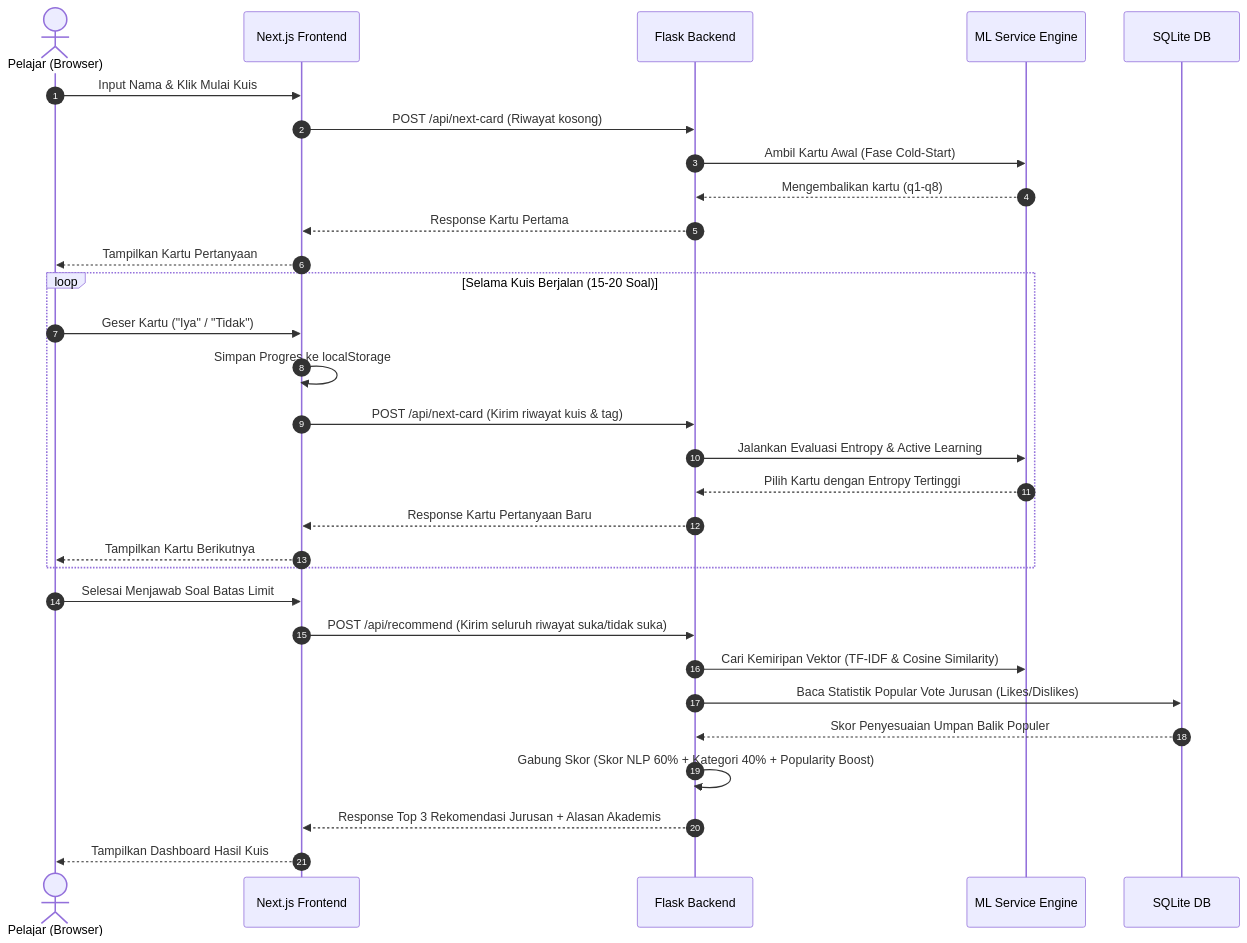
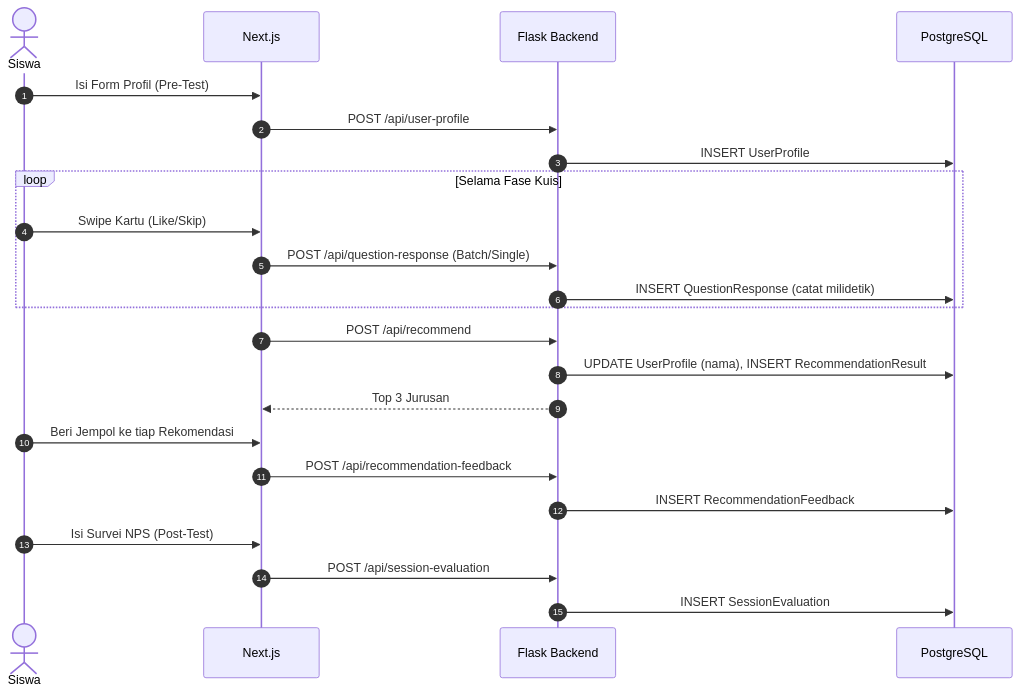
One commit to aryayaya11/major-match changed the first of 2 diagrams in README.md. Above: the diagram before and after it, drawn with Mermaid. The commit also changed other lines of this file, not shown here.

Commit message:
Docs: Rombak total README.md untuk menyesuaikan dengan arsitektur PostgreSQL dan Beta Testing terkini

````diff
--- a/README.md
+++ b/README.md
@@ -72,35 +76,30 @@
 ```mermaid
 sequenceDiagram
     autonumber
-    actor User as Pelajar (Browser)
-    participant FE as Next.js Frontend
-    participant BE as Flask Backend
-    participant ML as ML Service Engine
-    participant DB as SQLite DB
-
-    User->>FE: Input Nama & Klik Mulai Kuis
-    FE->>BE: POST /api/next-card (Riwayat kosong)
-    BE->>ML: Ambil Kartu Awal (Fase Cold-Start)
-    ML-->>BE: Mengembalikan kartu (q1-q8)
-    BE-->>FE: Response Kartu Pertama
-    FE-->>User: Tampilkan Kartu Pertanyaan
-
-    loop Selama Kuis Berjalan (15-20 Soal)
-        User->>FE: Geser Kartu ("Iya" / "Tidak")
-        FE->>FE: Simpan Progres ke localStorage
-        FE->>BE: POST /api/next-card (Kirim riwayat kuis & tag)
-        BE->>ML: Jalankan Evaluasi Entropy & Active Learning
-        ML-->>BE: Pilih Kartu dengan Entropy Tertinggi
-        BE-->>FE: Response Kartu Pertanyaan Baru
-        FE-->>User: Tampilkan Kartu Berikutnya
+    actor Tester as Siswa
+    participant UI as Next.js
+    participant API as Flask Backend
+    participant DB as PostgreSQL
+    
+    Tester->>UI: Isi Form Profil (Pre-Test)
+    UI->>API: POST /api/user-profile
+    API->>DB: INSERT UserProfile
+    
+    loop Selama Fase Kuis
+        Tester->>UI: Swipe Kartu (Like/Skip)
+        UI->>API: POST /api/question-response (Batch/Single)
+        API->>DB: INSERT QuestionResponse (catat milidetik)
     end
-
-    User->>FE: Selesai Menjawab Soal Batas Limit
-    FE->>BE: POST /api/recommend (Kirim seluruh riwayat suka/tidak suka)
-    BE->>ML: Cari Kemiripan Vektor (TF-IDF & Cosine Similarity)
-    BE->>DB: Baca Statistik Popular Vote Jurusan (Likes/Dislikes)
-    DB-->>BE: Skor Penyesuaian Umpan Balik Populer
-    BE->>BE: Gabung Skor (Skor NLP 60% + Kategori 40% + Popularity Boost)
-    BE-->>FE: Response Top 3 Rekomendasi Jurusan + Alasan Akademis
-    FE-->>User: Tampilkan Dashboard Hasil Kuis
+    
+    UI->>API: POST /api/recommend
+    API->>DB: UPDATE UserProfile (nama), INSERT RecommendationResult
+    API-->>UI: Top 3 Jurusan
+    
+    Tester->>UI: Beri Jempol ke tiap Rekomendasi
+    UI->>API: POST /api/recommendation-feedback
+    API->>DB: INSERT RecommendationFeedback
+    
+    Tester->>UI: Isi Survei NPS (Post-Test)
+    UI->>API: POST /api/session-evaluation
+    API->>DB: INSERT SessionEvaluation
 ```
````
